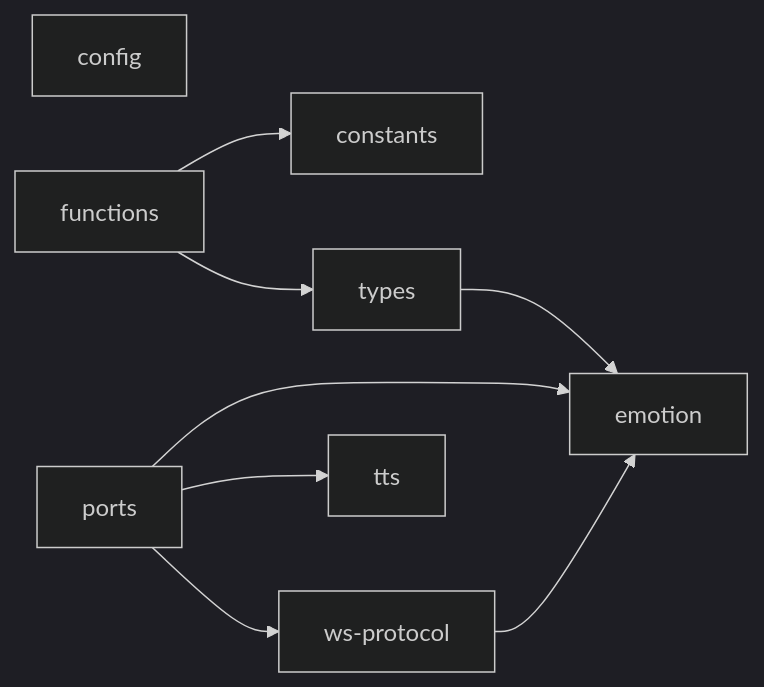
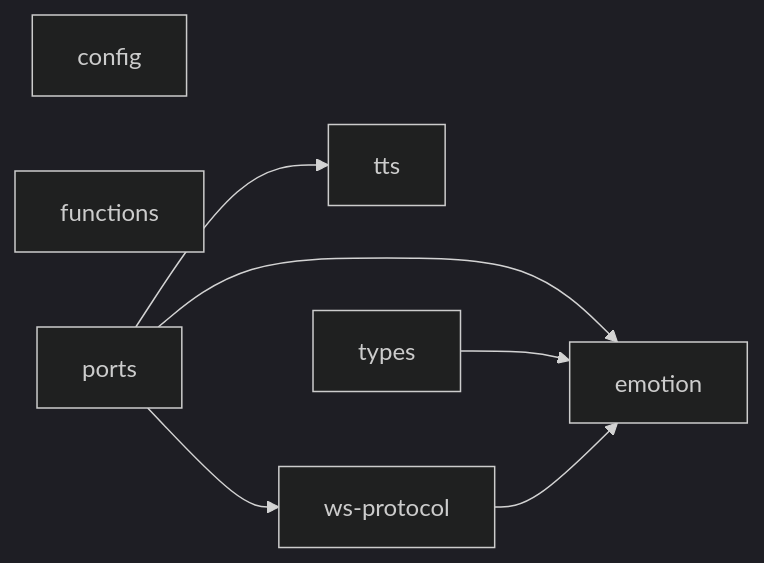
Before and after one commit to OJII3/vicissitude: the diagram in packages/shared/DEPS.md, drawn with Mermaid (dark theme). The commit also changed other lines of this file and 51 other files, not shown here.

````diff
--- a/packages/shared/DEPS.md
+++ b/packages/shared/DEPS.md
@@ -7,14 +7,12 @@
 ```mermaid
 graph LR
   config
-  constants
   emotion
-  functions --> constants
-  functions --> types
+  functions
   ports --> emotion
   ports --> tts
   ports --> ws_protocol["ws-protocol"]
   tts
   types --> emotion
   ws_protocol["ws-protocol"] --> emotion
 ```
````
